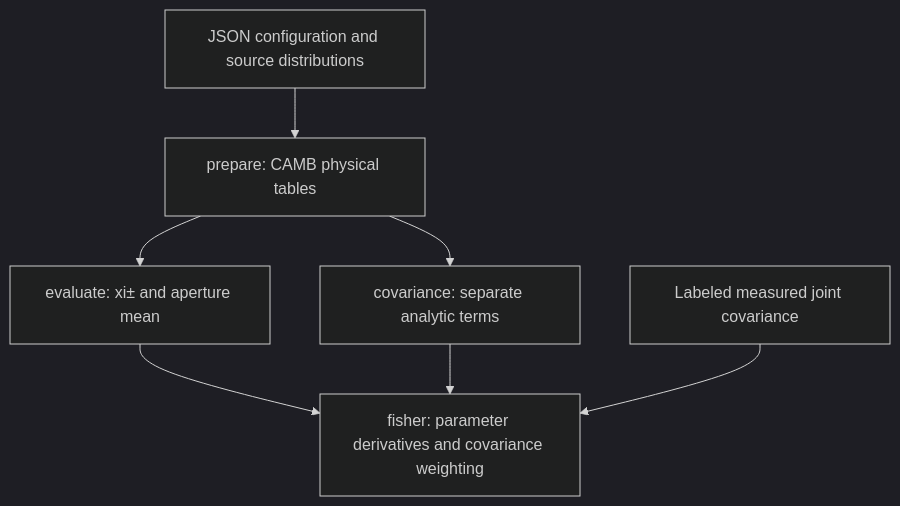
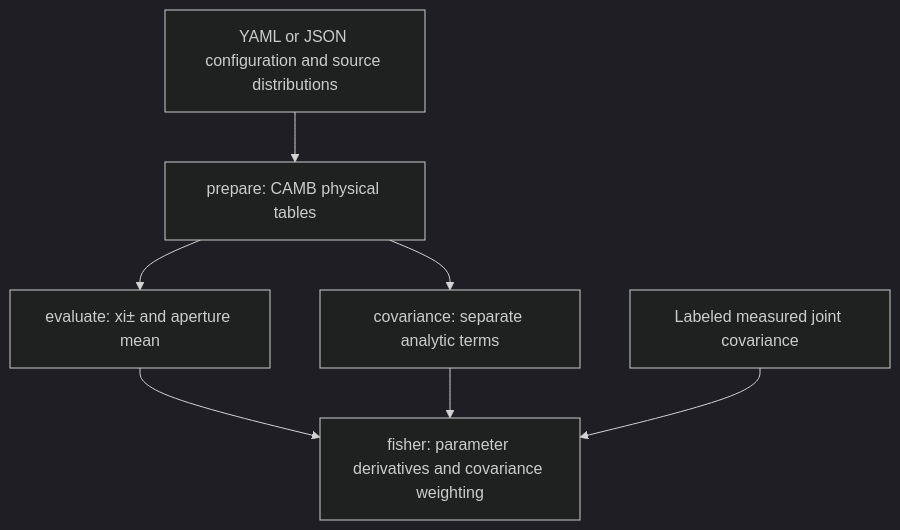
The diagram in README.md (SBU-COSMOLIKE/cocoa_des_3pcf), drawn with Mermaid (dark theme) before and after one commit. The commit also changed other lines of this file and 26 other files, not shown here.

````diff
--- a/README.md
+++ b/README.md
@@ -29,9 +30,9 @@
 ```mermaid
 flowchart TB
-  A["JSON configuration and source distributions"] --> B["prepare: CAMB physical tables"]
+  A["YAML or JSON configuration and source distributions"] --> B["prepare: CAMB physical tables"]
   B --> C["evaluate: xi± and aperture mean"]
   B --> D["covariance: separate analytic terms"]
   C --> E["fisher: parameter derivatives and covariance weighting"]
   D --> E
   F["Labeled measured joint covariance"] --> E
 ```
````
